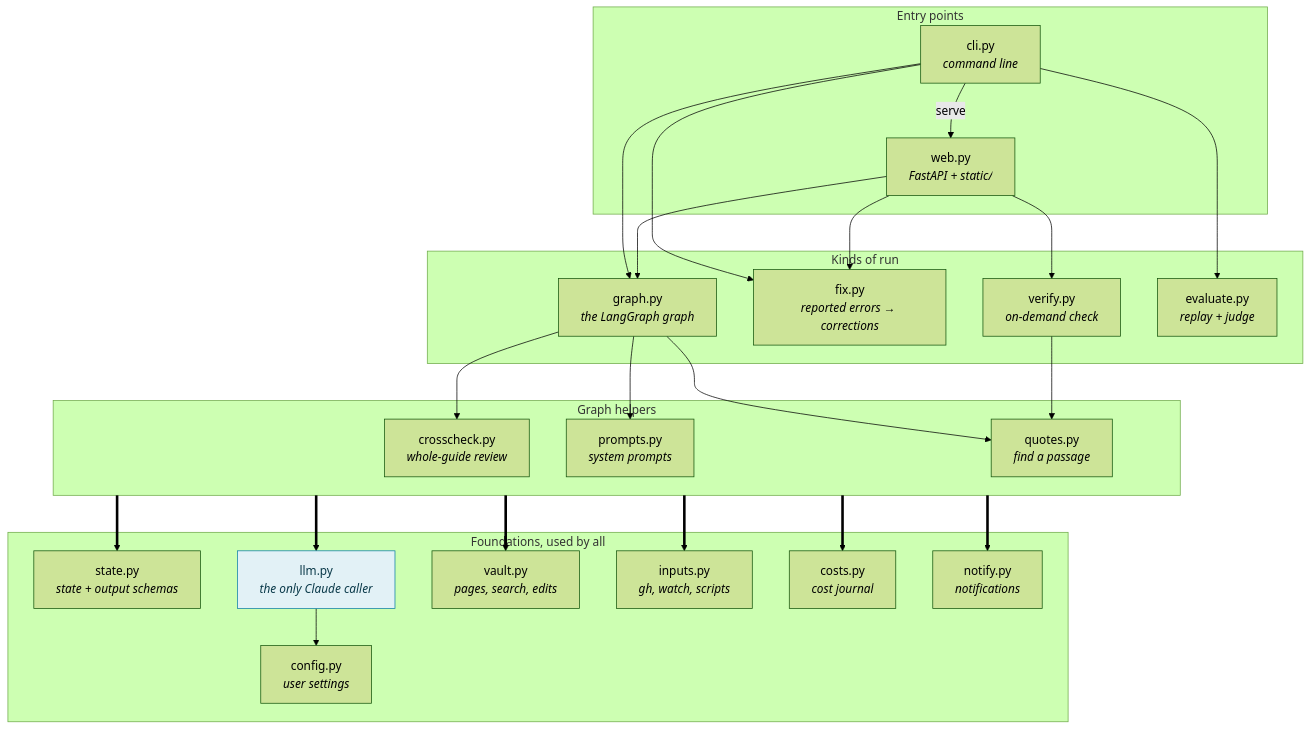
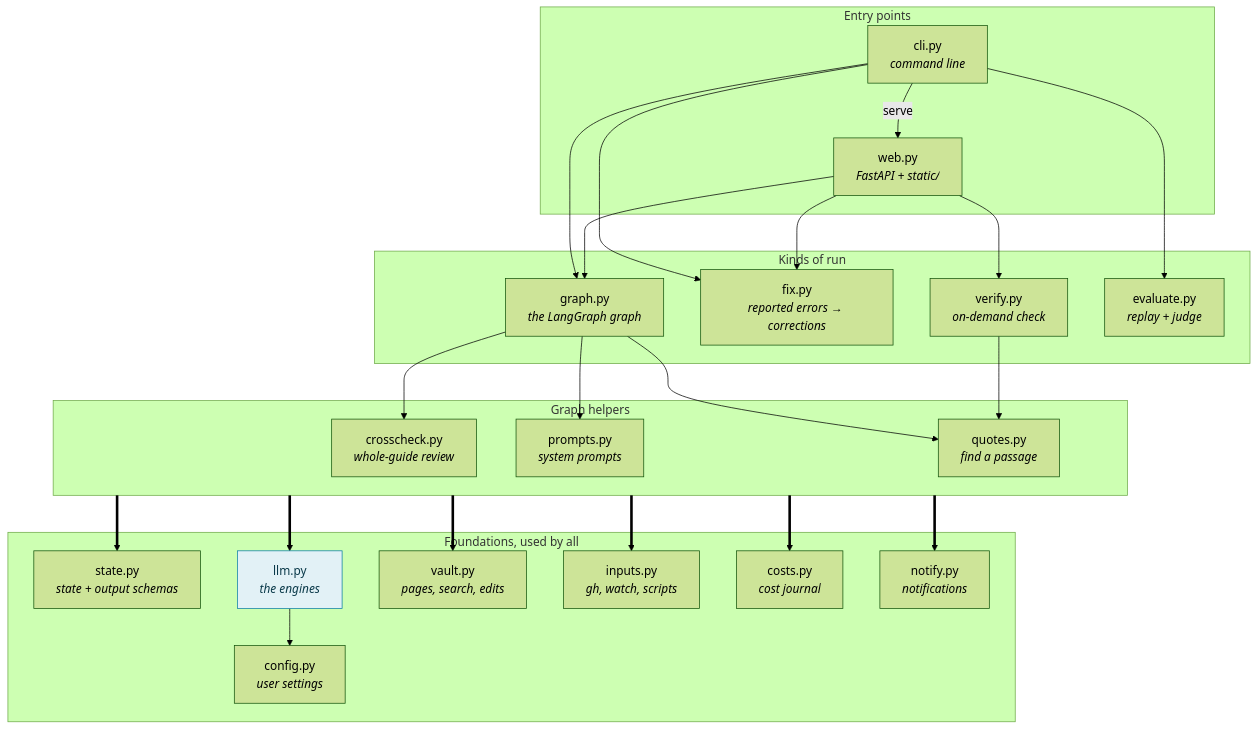
The first of 6 diagrams in docs/code.md (DamienBecherini/vault-watch-agent), drawn with Mermaid (forest theme) before and after one commit. The commit also changed other lines of this file and 14 other files, not shown here.

````diff
--- a/docs/code.md
+++ b/docs/code.md
@@ -19,36 +19,36 @@
 ```mermaid
 flowchart TB
   subgraph entry["Entry points"]
     cli["cli.py<br/><i>command line</i>"]
     web["web.py<br/><i>FastAPI + static/</i>"]
   end
   subgraph runs["Kinds of run"]
     graphpy["graph.py<br/><i>the LangGraph graph</i>"]
     fix["fix.py<br/><i>reported errors → corrections</i>"]
     verify["verify.py<br/><i>on-demand check</i>"]
     evaluate["evaluate.py<br/><i>replay + judge</i>"]
   end
   subgraph steps["Graph helpers"]
     crosscheck["crosscheck.py<br/><i>whole-guide review</i>"]
     prompts["prompts.py<br/><i>system prompts</i>"]
     quotes["quotes.py<br/><i>find a passage</i>"]
   end
   subgraph base["Foundations, used by all"]
     state["state.py<br/><i>state + output schemas</i>"]
-    llm["llm.py<br/><i>the only Claude caller</i>"]
+    llm["llm.py<br/><i>the engines</i>"]
     config["config.py<br/><i>user settings</i>"]
     vault["vault.py<br/><i>pages, search, edits</i>"]
     inputs["inputs.py<br/><i>gh, watch, scripts</i>"]
     costs["costs.py<br/><i>cost journal</i>"]
     notify["notify.py<br/><i>notifications</i>"]
   end
   cli -->|"serve"| web
   cli --> graphpy & fix & evaluate
   web --> graphpy & fix & verify
   graphpy --> crosscheck & prompts & quotes
   verify --> quotes
   steps ==> state & llm & vault & inputs & costs & notify
   llm --> config
   classDef model fill:#e2f1f6,stroke:#0a7ea4,color:#0b3a4a
   class llm model
 ```
````
